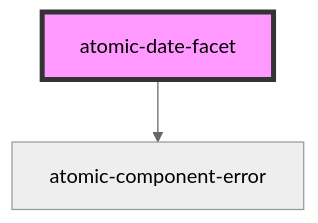
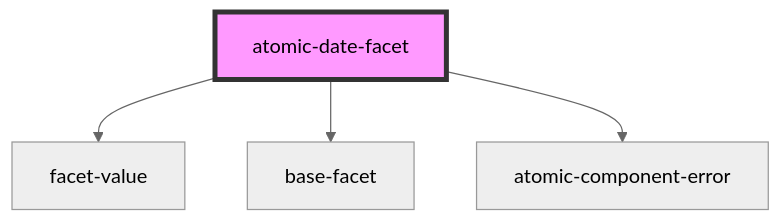
Before and after one commit to coveo/ui-kit: the diagram in packages/atomic/src/components/facets/atomic-date-facet/readme.md, drawn with Mermaid (neutral theme). The commit also changed other lines of this file and 8 other files, not shown here.

````diff
--- a/packages/atomic/src/components/facets/atomic-date-facet/readme.md
+++ b/packages/atomic/src/components/facets/atomic-date-facet/readme.md
@@ -24,5 +26,7 @@
 ```mermaid
 graph TD;
+  atomic-date-facet --> facet-value
+  atomic-date-facet --> base-facet
   atomic-date-facet --> atomic-component-error
   style atomic-date-facet fill:#f9f,stroke:#333,stroke-width:4px
 ```
````
